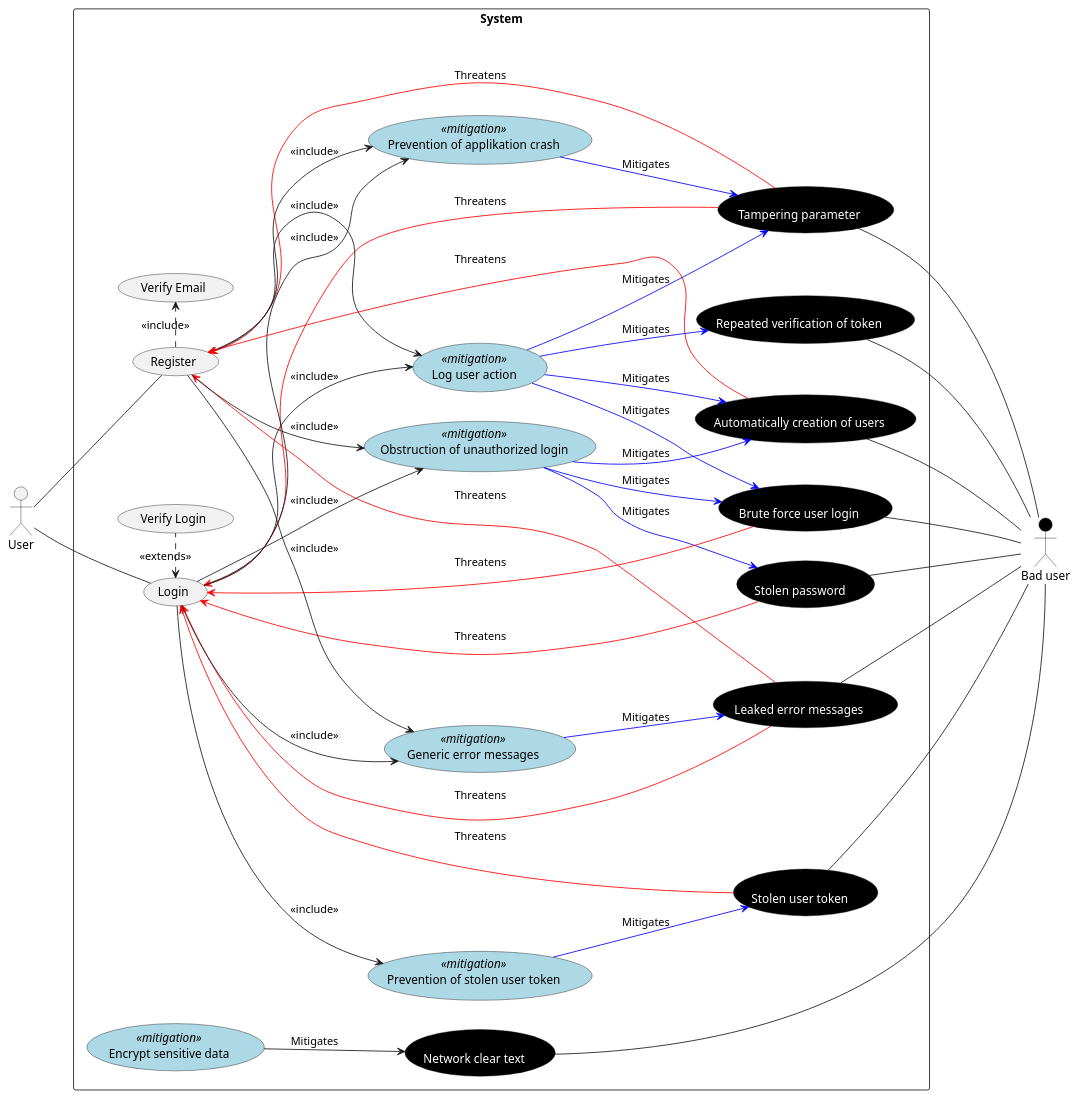
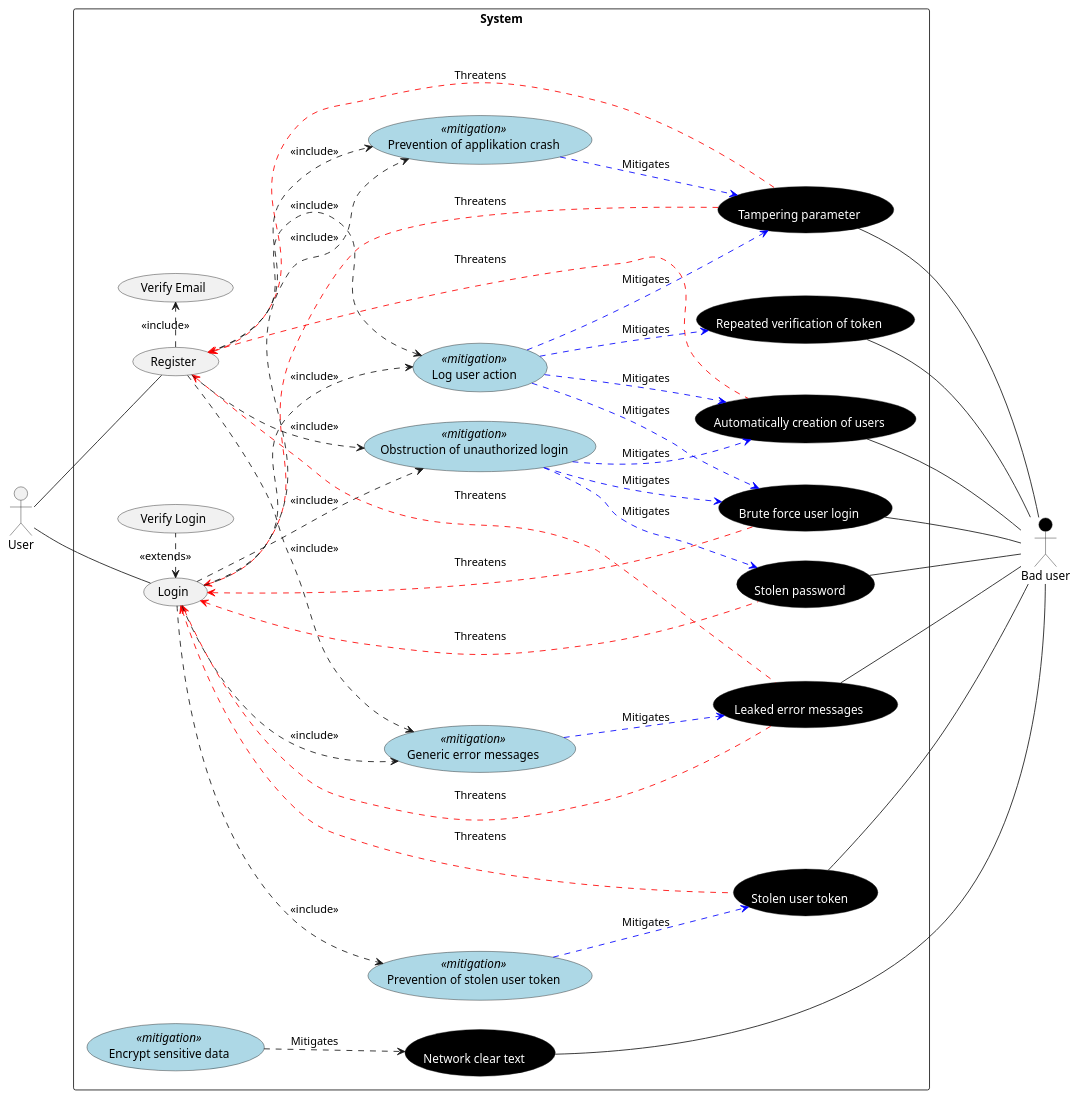
The diagram in Docs/trust-us-misuse-case.plantuml (blackout1471/trust-us-school), drawn with PlantUML before and after one commit.

Commit message:
Added coloring and correct arrow types

```diff
--- a/Docs/trust-us-misuse-case.plantuml
+++ b/Docs/trust-us-misuse-case.plantuml
@@ -1,100 +1,100 @@
 @startuml Misuse cases
 
 left to right direction
 
 actor "User" as user
 actor "Bad user" as hacker #black
 
 skinparam usecase {
     FontColor<<misuse>> White
     BackgroundColor<<misuse>> Black
     ArrowColor<<misuse>> red
 
     BackgroundColor<<mitigation>> lightblue
     ArrowColor<<mitigation>> blue
 }
 
 rectangle System {
     usecase "Login" as u1
     usecase "Register" as u2
     usecase "Verify Email" as u3
     usecase "Verify Login" as u4
 
     usecase "Stolen password" as h1 <<misuse>>
     usecase "Brute force user login" as h2 <<misuse>>
     usecase "Stolen user token" as h3 <<misuse>>
     usecase "Tampering parameter" as h4 <<misuse>>
     usecase "Leaked error messages" as h7 <<misuse>>
     usecase "Network clear text" as h9 <<misuse>>
     usecase "Automatically creation of users" as h11 <<misuse>>
     usecase "Repeated verification of token" as h12 <<misuse>>
     
     usecase "Obstruction of unauthorized login" as m1 <<mitigation>>
     usecase "Prevention of stolen user token" as m2 <<mitigation>>
     usecase "Prevention of applikation crash" as m3 <<mitigation>>
     usecase "Generic error messages" as m5 <<mitigation>>
     usecase "Encrypt sensitive data" as m7 <<mitigation>>
     usecase "Log user action" as m8 <<mitigation>>
 }
 
 user -- u1
 user -- u2
 
 h1 --- hacker
 h2 --- hacker
 h3 --- hacker
 h4 --- hacker
 h7 --- hacker
 h9 --- hacker
 h11 --- hacker
 h12 --- hacker
 
 u2 .> u3: <<include>>
 u1 <. u4: <<extends>>
 
 'Stolen password'
-u1 <-- h1 <<misuse>> : Threatens
-m1 --> h1 <<mitigation>> : Mitigates
-u1 --> m1 : <<include>>
+u1 <.. h1 <<misuse>> : Threatens
+m1 ..> h1 <<mitigation>> : Mitigates
+u1 ..> m1 : <<include>>
 
 'Brute force'
-u1 <-- h2 <<misuse>> : Threatens
-m1 --> h2 <<mitigation>> : Mitigates
-m8 --> h2 <<mitigation>> : Mitigates
-u1 --> m8 : <<include>>
+u1 <.. h2 <<misuse>> : Threatens
+m1 ..> h2 <<mitigation>> : Mitigates
+m8 ..> h2 <<mitigation>> : Mitigates
+u1 ..> m8 : <<include>>
 
 'Stolen user token'
-u1 <-- h3 <<misuse>> : Threatens
-m2 --> h3 <<mitigation>> : Mitigates
-u1 --> m2 : <<include>>
+u1 <.. h3 <<misuse>> : Threatens
+m2 ..> h3 <<mitigation>> : Mitigates
+u1 ..> m2 : <<include>>
 
 'tampering parameter'
-u1 <-- h4 <<misuse>> : Threatens
-u2 <-- h4 <<misuse>> : Threatens
-m3 --> h4 <<mitigation>> : Mitigates
-m8 --> h4 <<mitigation>> : Mitigates
-u1 --> m3 : <<include>>
-u2 --> m3 : <<include>>
-u2 --> m8 : <<include>>
+u1 <.. h4 <<misuse>> : Threatens
+u2 <.. h4 <<misuse>> : Threatens
+m3 ..> h4 <<mitigation>> : Mitigates
+m8 ..> h4 <<mitigation>> : Mitigates
+u1 ..> m3 : <<include>>
+u2 ..> m3 : <<include>>
+u2 ..> m8 : <<include>>
 
 'Fullstack messages'
-u1 <-- h7 <<misuse>> : Threatens
-u2 <-- h7 <<misuse>> : Threatens
-m5 --> h7 <<mitigation>> : Mitigates
-u1 --> m5 : <<include>>
-u2 --> m5 : <<include>>
+u1 <.. h7 <<misuse>> : Threatens
+u2 <.. h7 <<misuse>> : Threatens
+m5 ..> h7 <<mitigation>> : Mitigates
+u1 ..> m5 : <<include>>
+u2 ..> m5 : <<include>>
 
 'Network clear text'
-m7 --> h9 : Mitigates
+m7 ..> h9 : Mitigates
 
 'Automatic user registration'
-u2 <-- h11 <<misuse>> : Threatens
-m1 --> h11 <<mitigation>> : Mitigates
-m8 --> h11 <<mitigation>> : Mitigates
-u2 --> m1 : <<include>>
+u2 <.. h11 <<misuse>> : Threatens
+m1 ..> h11 <<mitigation>> : Mitigates
+m8 ..> h11 <<mitigation>> : Mitigates
+u2 ..> m1 : <<include>>
 
 'repeated verification of token'
-m8 --> h12 <<mitigation>> : Mitigates
+m8 ..> h12 <<mitigation>> : Mitigates
 
 
 @enduml
```
